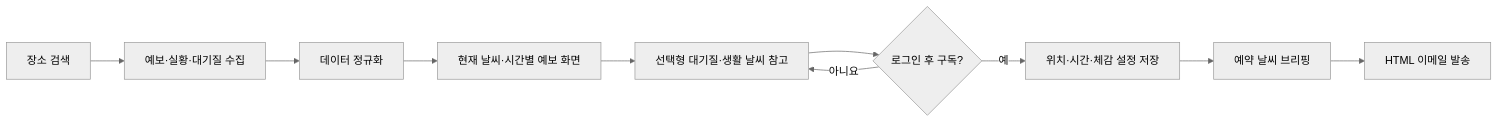
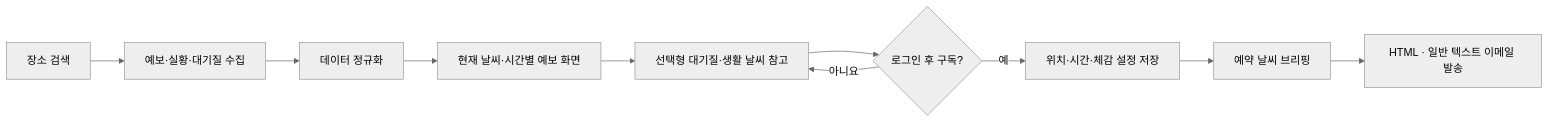
One commit to boclair98/Weather changed the first of 2 diagrams in README.md. Above: the diagram before and after it, drawn with Mermaid (neutral theme). The commit also changed other lines of this file and 70 other files, not shown here.

````diff
--- a/README.md
+++ b/README.md
@@ -110,12 +173,12 @@
 ```mermaid
 flowchart LR
     A["장소 검색"] --> B["예보·실황·대기질 수집"]
     B --> C["데이터 정규화"]
     C --> D["현재 날씨·시간별 예보 화면"]
     D --> E["선택형 대기질·생활 날씨 참고"]
     E --> F{"로그인 후 구독?"}
     F -- "아니요" --> E
     F -- "예" --> G["위치·시간·체감 설정 저장"]
     G --> H["예약 날씨 브리핑"]
-    H --> I["HTML 이메일 발송"]
+    H --> I["HTML · 일반 텍스트 이메일 발송"]
 ```
````
